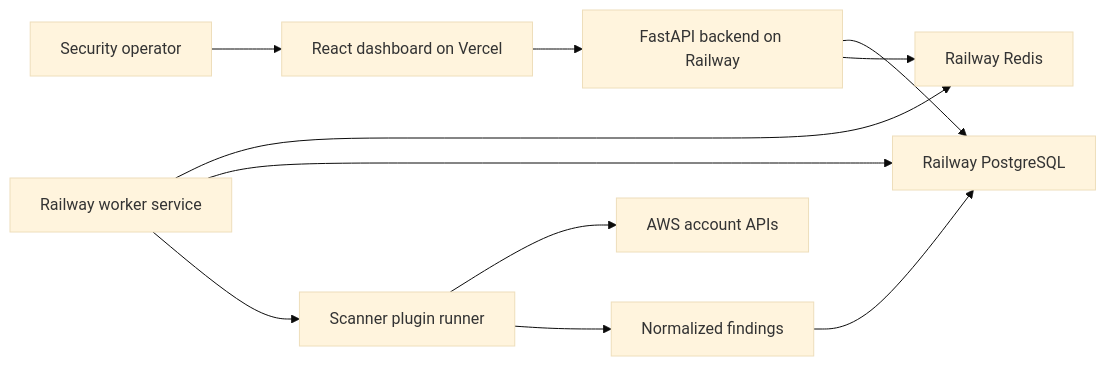
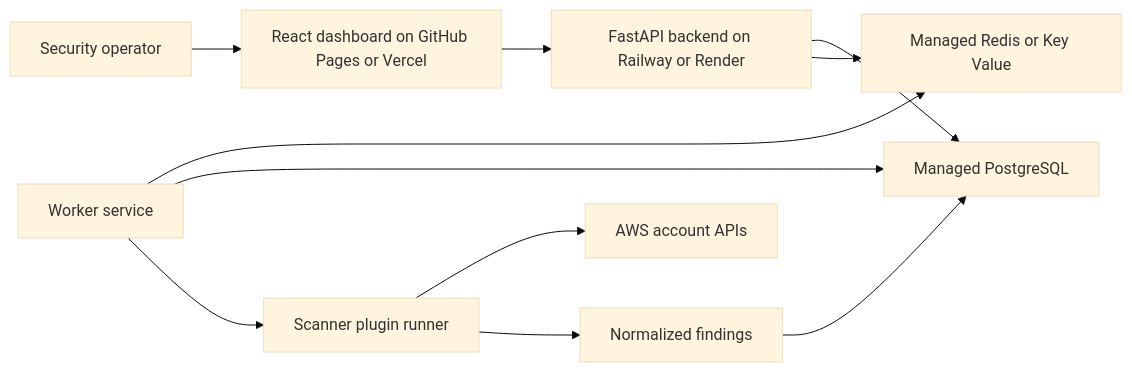
One commit to ramiabdu/Sentineloops changed the diagram in README.md. Above: the diagram before and after it, drawn with Mermaid (base theme). The commit also changed other lines of this file and 5 other files, not shown here.

````diff
--- a/README.md
+++ b/README.md
@@ -44,13 +42,13 @@
 ```mermaid
 flowchart LR
-    User["Security operator"] --> Frontend["React dashboard on Vercel"]
-    Frontend --> API["FastAPI backend on Railway"]
-    API --> Postgres["Railway PostgreSQL"]
-    API --> Redis["Railway Redis"]
-    Worker["Railway worker service"] --> Redis
+    User["Security operator"] --> Frontend["React dashboard on GitHub Pages or Vercel"]
+    Frontend --> API["FastAPI backend on Railway or Render"]
+    API --> Postgres["Managed PostgreSQL"]
+    API --> Redis["Managed Redis or Key Value"]
+    Worker["Worker service"] --> Redis
     Worker --> Postgres
     Worker --> ScannerEngine["Scanner plugin runner"]
     ScannerEngine --> AWS["AWS account APIs"]
     ScannerEngine --> Findings["Normalized findings"]
     Findings --> Postgres
 ```
````
